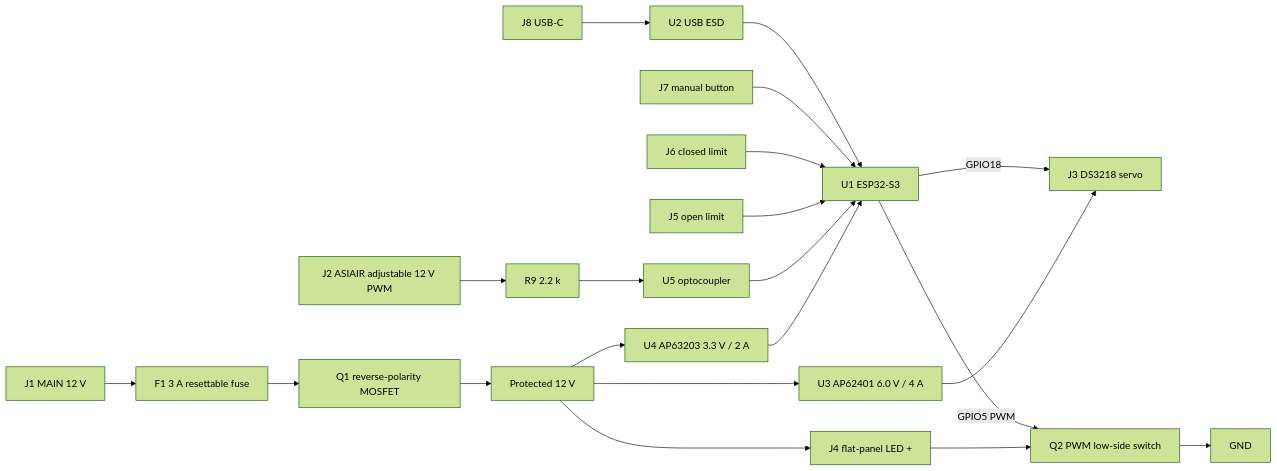
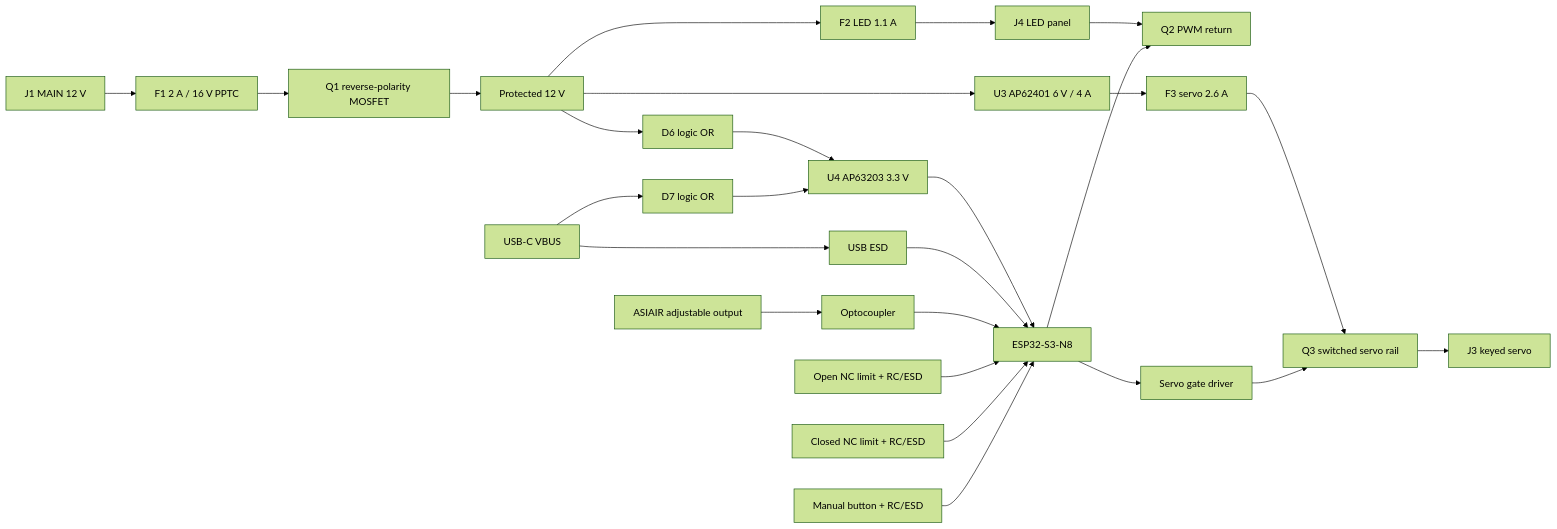
Before and after one commit to pulikantitarun/redcat51ii-automated-flat-panel: the diagram in docs/CIRCUIT.md, drawn with Mermaid (forest theme). The commit also changed other lines of this file and 74 other files, not shown here.

````diff
--- a/docs/CIRCUIT.md
+++ b/docs/CIRCUIT.md
@@ -3,15 +3,15 @@
 ```mermaid
 flowchart LR
-  J1["J1 MAIN 12 V"] --> F1["F1 3 A resettable fuse"] --> Q1["Q1 reverse-polarity MOSFET"] --> V12["Protected 12 V"]
-  V12 --> U3["U3 AP62401 6.0 V / 4 A"] --> J3["J3 DS3218 servo"]
-  V12 --> U4["U4 AP63203 3.3 V / 2 A"] --> U1["U1 ESP32-S3"]
-  V12 --> J4["J4 flat-panel LED +"]
-  J4 --> Q2["Q2 PWM low-side switch"] --> GND["GND"]
-  J2["J2 ASIAIR adjustable 12 V PWM"] --> R9["R9 2.2 k"] --> U5["U5 optocoupler"] --> U1
-  U1 -->|"GPIO18"| J3
-  U1 -->|"GPIO5 PWM"| Q2
-  J5["J5 open limit"] --> U1
-  J6["J6 closed limit"] --> U1
-  J7["J7 manual button"] --> U1
-  J8["J8 USB-C"] --> U2["U2 USB ESD"] --> U1
+  J1["J1 MAIN 12 V"] --> F1["F1 2 A / 16 V PPTC"] --> Q1["Q1 reverse-polarity MOSFET"] --> V12["Protected 12 V"]
+  V12 --> F2["F2 LED 1.1 A"] --> J4["J4 LED panel"] --> Q2["Q2 PWM return"]
+  V12 --> U3["U3 AP62401 6 V / 4 A"] --> F3["F3 servo 2.6 A"] --> Q3["Q3 switched servo rail"] --> J3["J3 keyed servo"]
+  V12 --> D6["D6 logic OR"] --> U4["U4 AP63203 3.3 V"] --> U1["ESP32-S3-N8"]
+  J8["USB-C VBUS"] --> D7["D7 logic OR"] --> U4
+  J8 --> U2["USB ESD"] --> U1
+  J2["ASIAIR adjustable output"] --> U5["Optocoupler"] --> U1
+  J5["Open NC limit + RC/ESD"] --> U1
+  J6["Closed NC limit + RC/ESD"] --> U1
+  J7["Manual button + RC/ESD"] --> U1
+  U1 --> Q4["Servo gate driver"] --> Q3
+  U1 --> Q2
 ```
````
